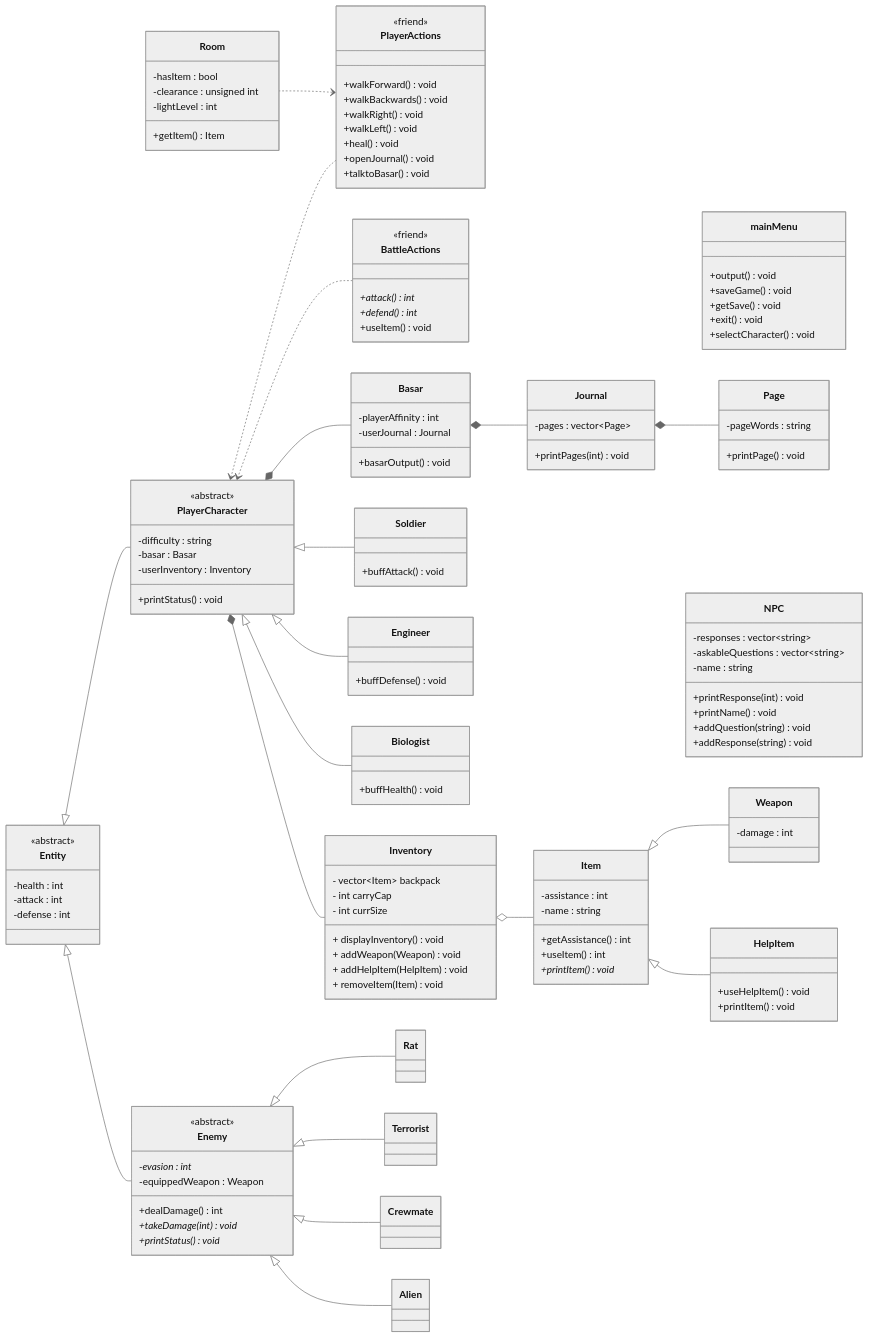
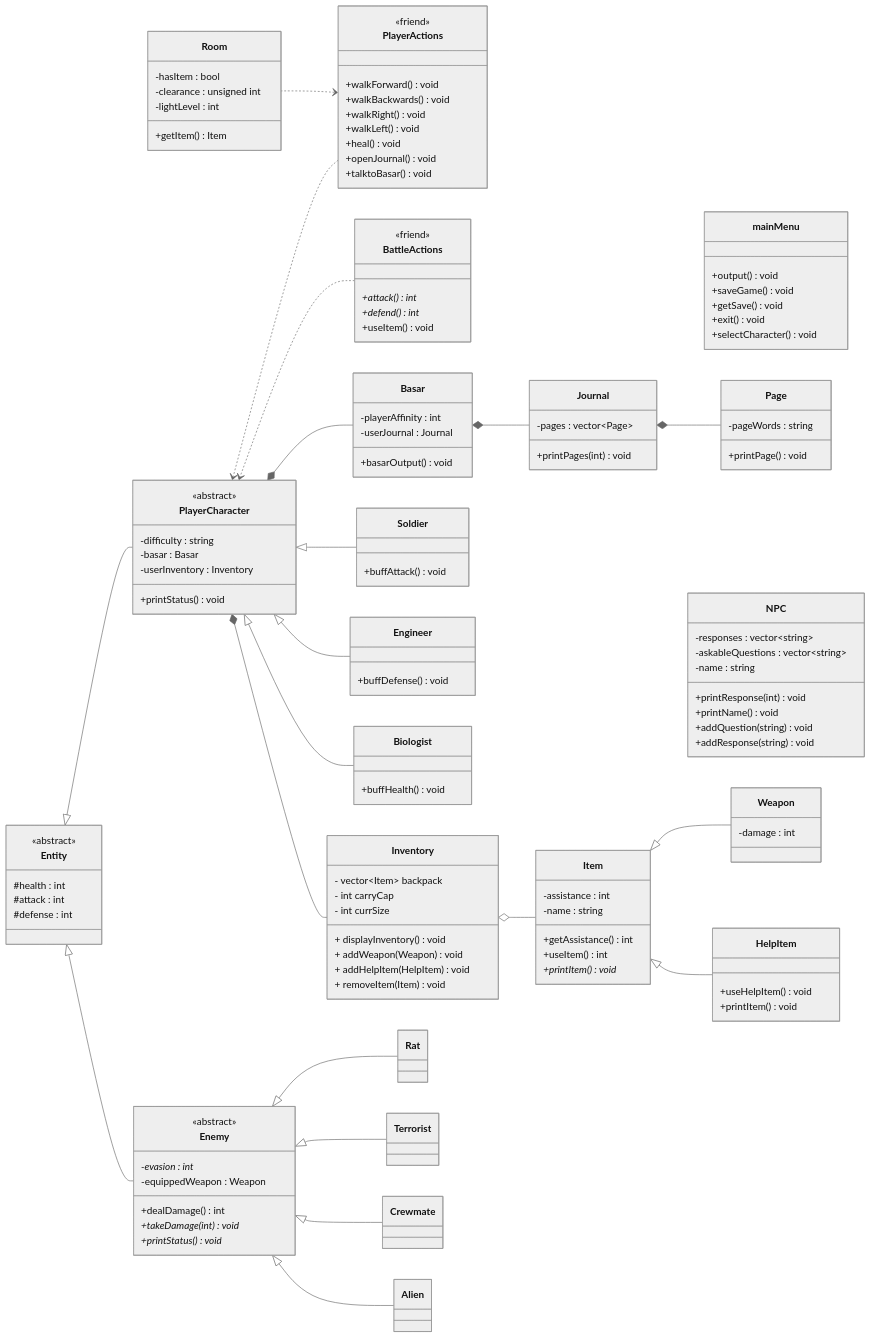
The diagram in README.md (jalee314/dAEraFinal), drawn with Mermaid (neutral theme) before and after one commit.

Commit message:
Changed entity private members to protected members

```diff
--- a/README.md
+++ b/README.md
@@ -54,9 +54,9 @@
 }
 
 class Entity {
-    -health : int 
-    -attack : int 
-    -defense : int 
+    #health : int 
+    #attack : int 
+    #defense : int 
 }
 <<abstract>> Entity
 
```
